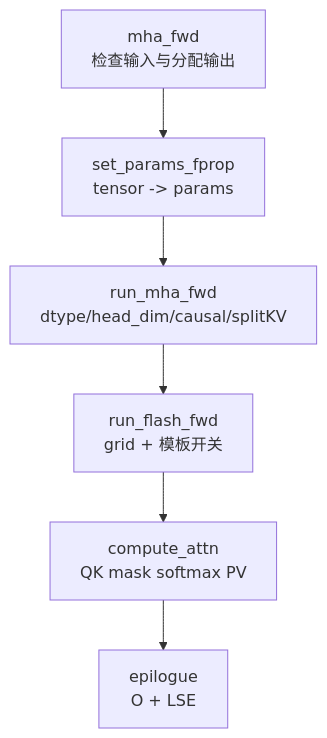
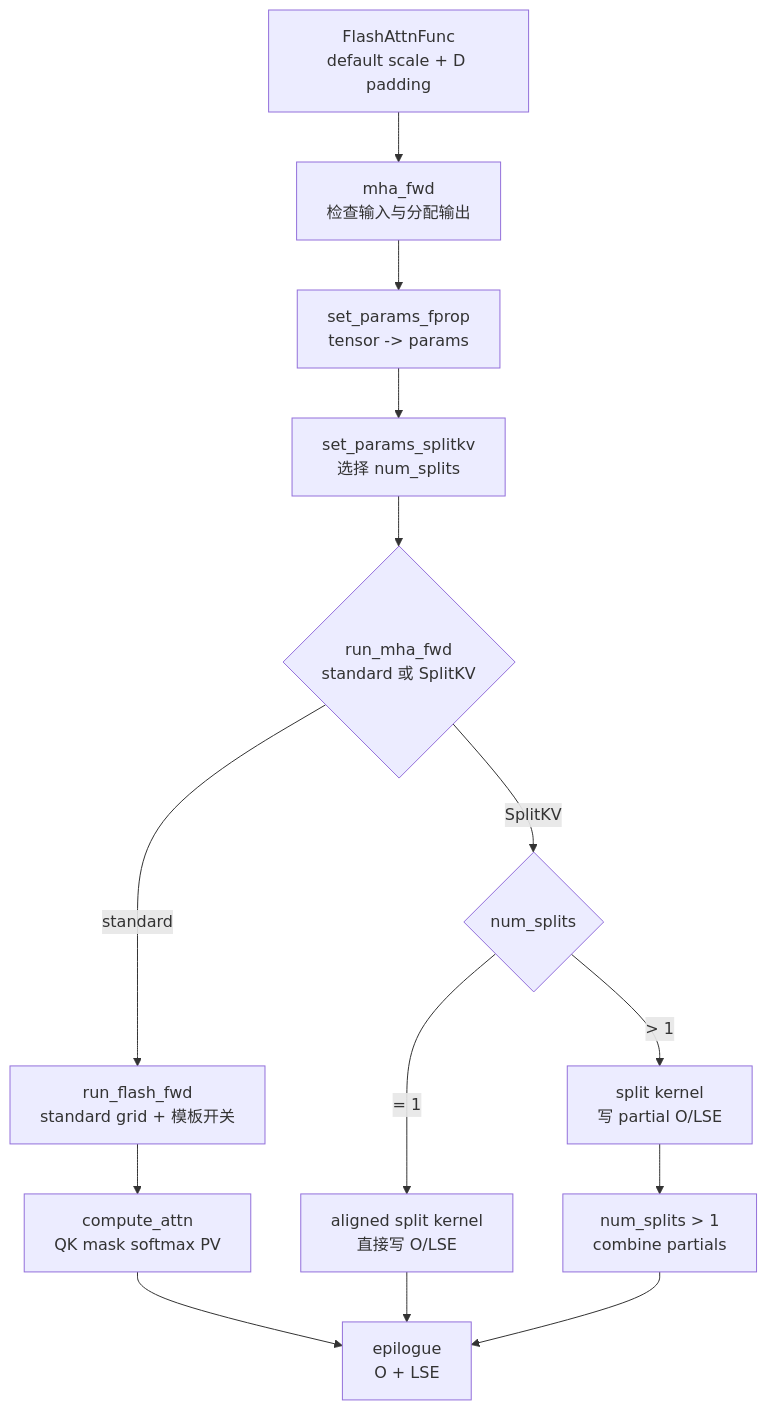
Before and after one commit to OnlyHero5/sglang-reading-vault: the diagram in flash-attn_reading/CUDA内核/FA2-Forward/FlashAttention-FA2-Forward-源码走读.md, drawn with Mermaid. The commit also changed other lines of this file and 512 other files, not shown here.

````diff
--- a/flash-attn_reading/CUDA内核/FA2-Forward/FlashAttention-FA2-Forward-源码走读.md
+++ b/flash-attn_reading/CUDA内核/FA2-Forward/FlashAttention-FA2-Forward-源码走读.md
@@ -35,10 +35,20 @@
 ```mermaid
 flowchart TB
+    PY["FlashAttnFunc<br/>default scale + D padding"]
     CHECK["mha_fwd<br/>检查输入与分配输出"]
     PARAM["set_params_fprop<br/>tensor -> params"]
-    ROUTE["run_mha_fwd<br/>dtype/head_dim/causal/splitKV"]
-    LAUNCH["run_flash_fwd<br/>grid + 模板开关"]
+    SPLIT["set_params_splitkv<br/>选择 num_splits"]
+    ROUTE{"run_mha_fwd<br/>standard 或 SplitKV"}
+    LAUNCH["run_flash_fwd<br/>standard grid + 模板开关"]
+    SPLITTYPE{"num_splits"}
+    ALIGNED["aligned split kernel<br/>直接写 O/LSE"]
+    SPLITK["split kernel<br/>写 partial O/LSE"]
+    COMBINE["num_splits > 1<br/>combine partials"]
     KERNEL["compute_attn<br/>QK mask softmax PV"]
     STORE["epilogue<br/>O + LSE"]
-    CHECK --> PARAM --> ROUTE --> LAUNCH --> KERNEL --> STORE
+    PY --> CHECK --> PARAM --> SPLIT --> ROUTE
+    ROUTE -->|standard| LAUNCH --> KERNEL --> STORE
+    ROUTE -->|SplitKV| SPLITTYPE
+    SPLITTYPE -->|= 1| ALIGNED --> STORE
+    SPLITTYPE -->|> 1| SPLITK --> COMBINE --> STORE
 ```
````
